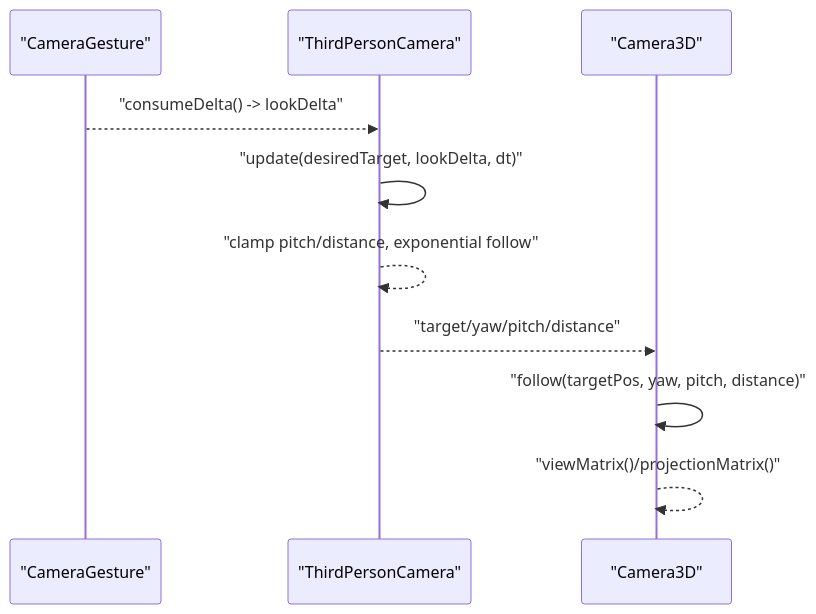
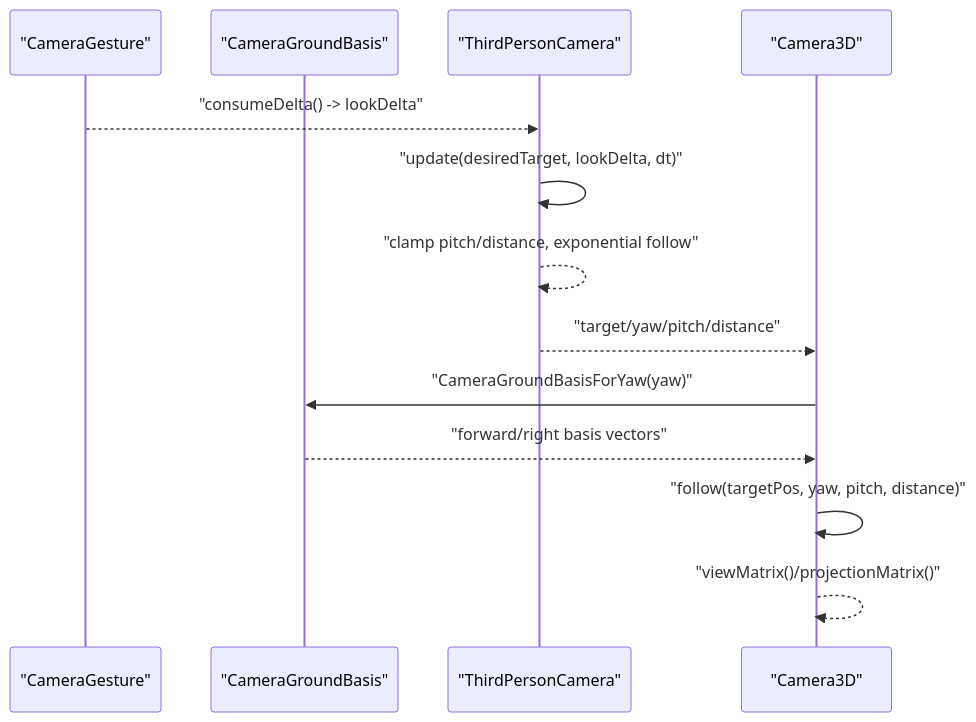
The seventh of 8 diagrams in .qoder/repowiki/zh/content/输入处理系统/相机手势识别.md (sj123sheng/my-world), drawn with Mermaid before and after one commit. The commit also changed other lines of this file and 28 other files, not shown here.

````diff
--- a/.qoder/repowiki/zh/content/输入处理系统/相机手势识别.md
+++ b/.qoder/repowiki/zh/content/输入处理系统/相机手势识别.md
@@ -219,12 +270,15 @@
 ```mermaid
 sequenceDiagram
 participant Gesture as "CameraGesture"
+participant Basis as "CameraGroundBasis"
 participant Cam2D as "ThirdPersonCamera"
 participant Cam3D as "Camera3D"
 Gesture-->>Cam2D : "consumeDelta() -> lookDelta"
 Cam2D->>Cam2D : "update(desiredTarget, lookDelta, dt)"
 Cam2D-->>Cam2D : "clamp pitch/distance, exponential follow"
 Cam2D-->>Cam3D : "target/yaw/pitch/distance"
+Cam3D->>Basis : "CameraGroundBasisForYaw(yaw)"
+Basis-->>Cam3D : "forward/right basis vectors"
 Cam3D->>Cam3D : "follow(targetPos, yaw, pitch, distance)"
 Cam3D-->>Cam3D : "viewMatrix()/projectionMatrix()"
 ```
````
